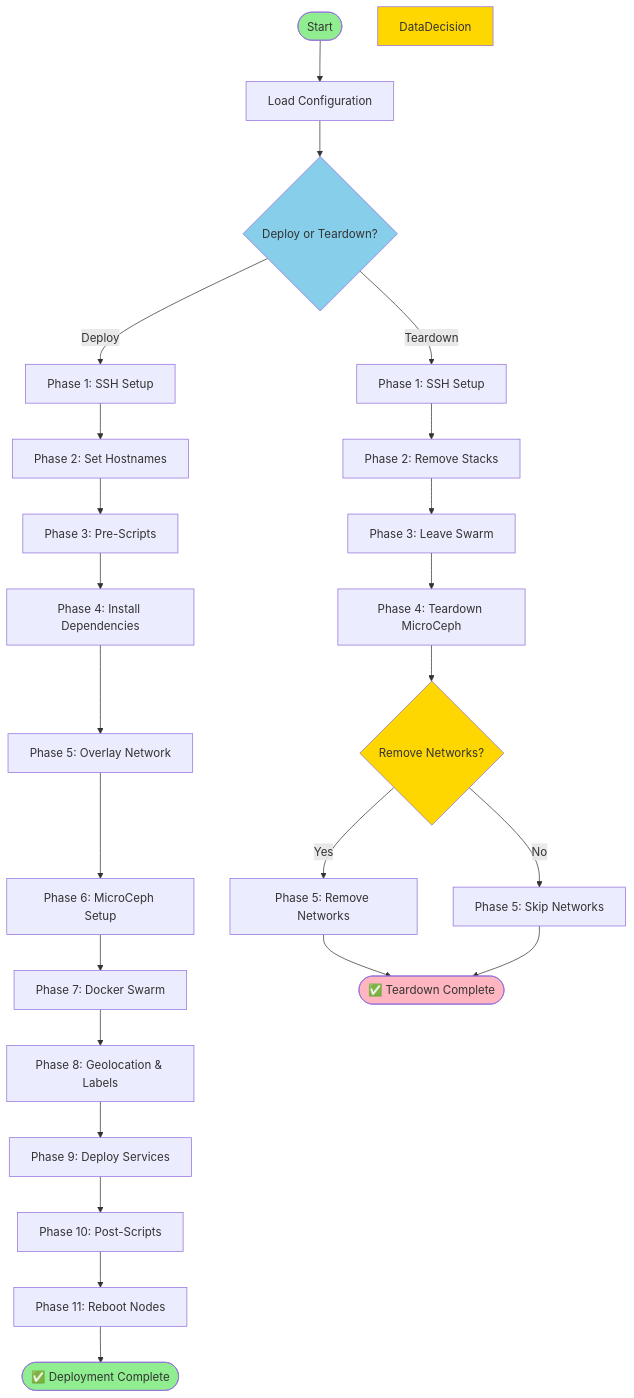
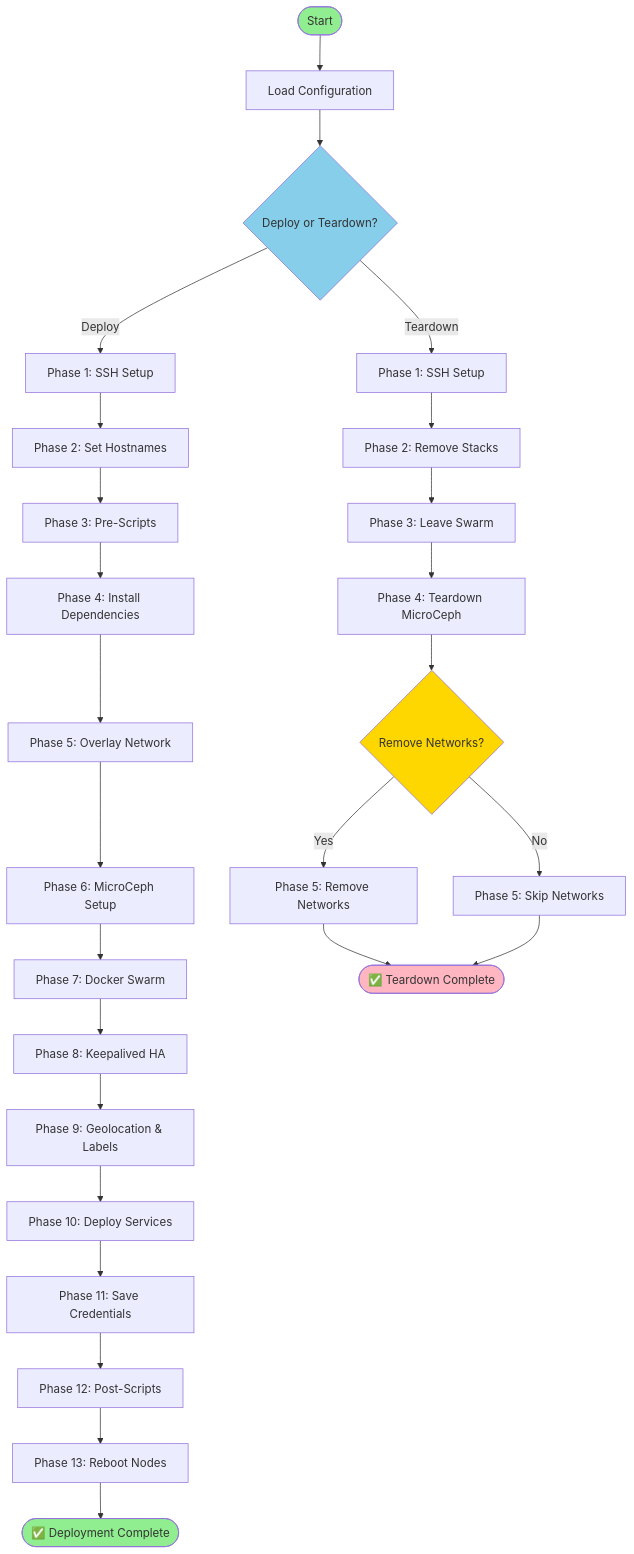
Before and after one commit to Grace-Solutions/Docker-Swarm-Cluster-Orchestration-Tool: the diagram in README.md, drawn with Mermaid. The commit also changed other lines of this file, not shown here.

First line of the commit message:
docs: Comprehensive README update with quick deploy, feature descriptions, and tables

````diff
--- a/README.md
+++ b/README.md
@@ -17,35 +74,36 @@
 ```mermaid
 graph TB
     Start([Start]) --> Config[Load Configuration]
     Config --> Deploy{Deploy or Teardown?}
 
     Deploy -->|Deploy| SSH1[Phase 1: SSH Setup]
     SSH1 --> Hostname[Phase 2: Set Hostnames]
     Hostname --> PreScript[Phase 3: Pre-Scripts]
     PreScript --> Deps[Phase 4: Install Dependencies]
     Deps --> Overlay[Phase 5: Overlay Network]
     Overlay --> Storage[Phase 6: MicroCeph Setup]
     Storage --> Swarm[Phase 7: Docker Swarm]
-    Swarm --> Labels[Phase 8: Geolocation & Labels]
-    Labels --> Services[Phase 9: Deploy Services]
-    Services --> PostScript[Phase 10: Post-Scripts]
-    PostScript --> Reboot[Phase 11: Reboot Nodes]
+    Swarm --> Keepalived[Phase 8: Keepalived HA]
+    Keepalived --> Labels[Phase 9: Geolocation & Labels]
+    Labels --> Services[Phase 10: Deploy Services]
+    Services --> Credentials[Phase 11: Save Credentials]
+    Credentials --> PostScript[Phase 12: Post-Scripts]
+    PostScript --> Reboot[Phase 13: Reboot Nodes]
     Reboot --> Complete1([✅ Deployment Complete])
 
     Deploy -->|Teardown| SSH2[Phase 1: SSH Setup]
     SSH2 --> RemoveStacks[Phase 2: Remove Stacks]
     RemoveStacks --> LeaveSwarm[Phase 3: Leave Swarm]
     LeaveSwarm --> TeardownStorage[Phase 4: Teardown MicroCeph]
     TeardownStorage --> NetworkDecision{Remove Networks?}
     NetworkDecision -->|Yes| RemoveNetworks[Phase 5: Remove Networks]
     NetworkDecision -->|No| SkipNetworks[Phase 5: Skip Networks]
     RemoveNetworks --> Complete2([✅ Teardown Complete])
     SkipNetworks --> Complete2
 
     style Start fill:#90EE90
     style Complete1 fill:#90EE90
     style Complete2 fill:#FFB6C1
     style Deploy fill:#87CEEB
-    style DataDecision fill:#FFD700
     style NetworkDecision fill:#FFD700
 ```
````
